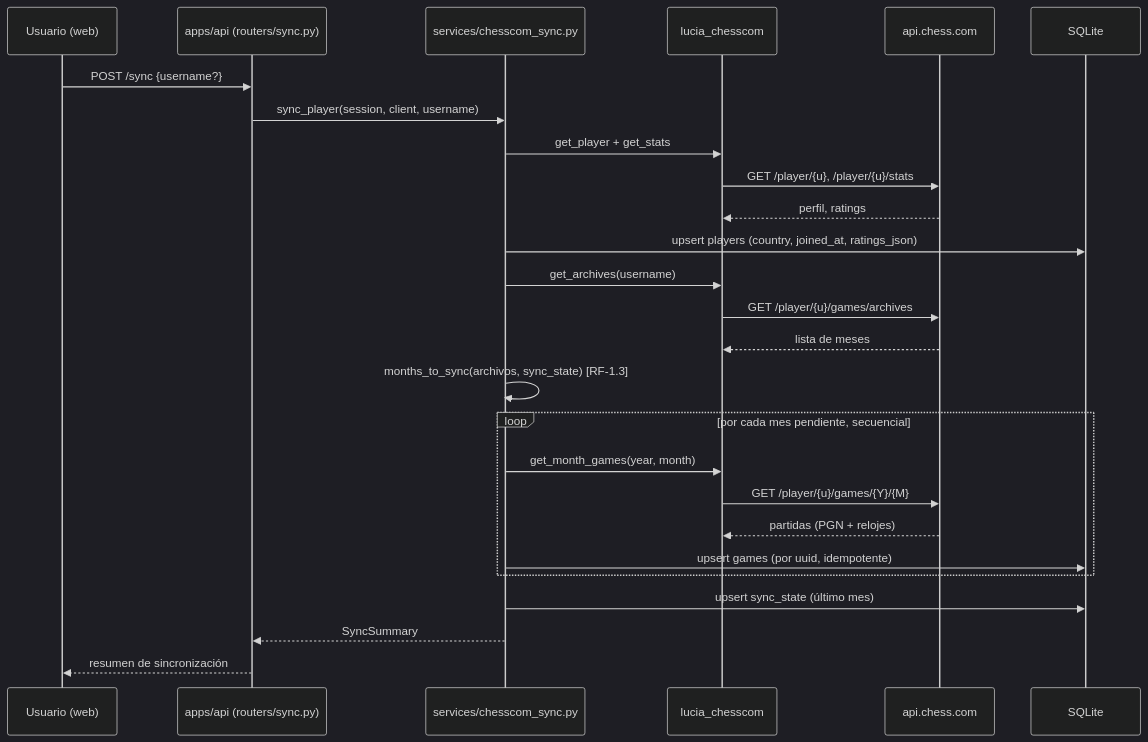
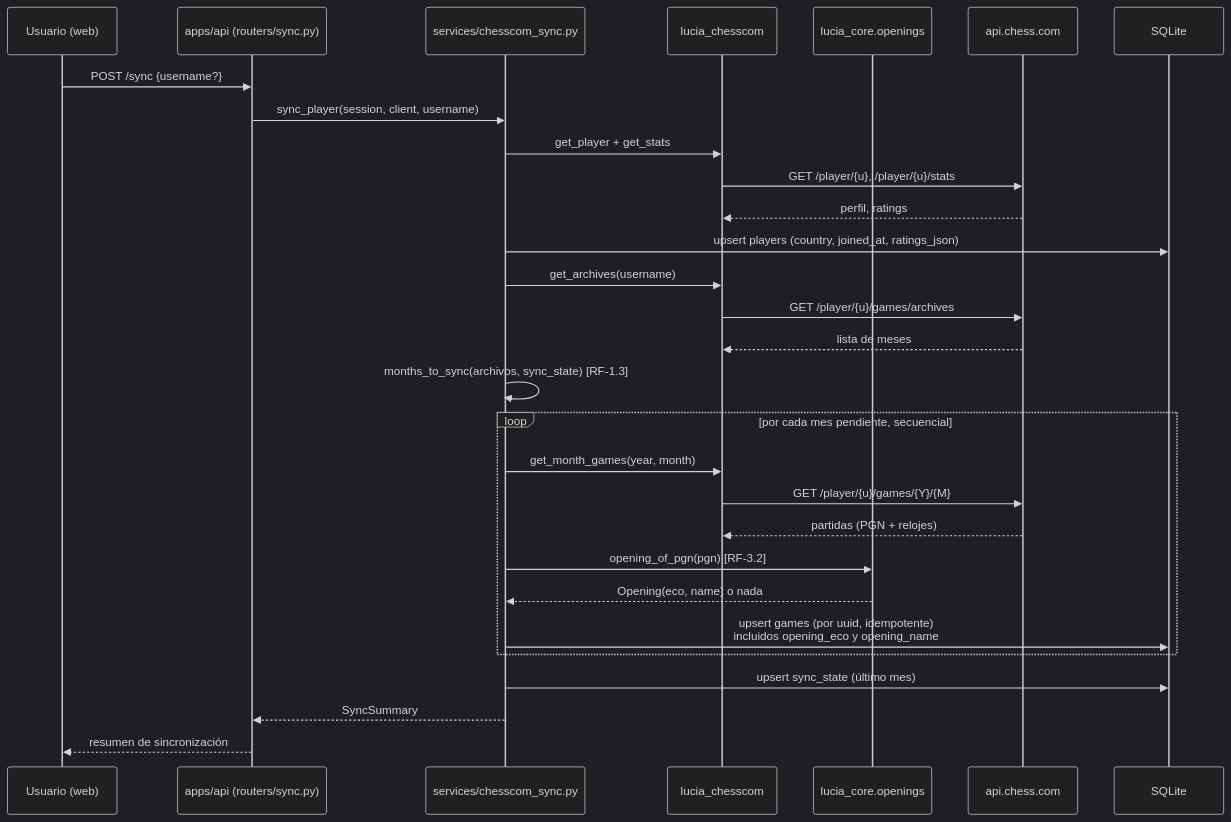
One commit to SirJsus/LUCIA changed the third of 7 diagrams in docs/06-mapa-del-proyecto.md. Above: the diagram before and after it, drawn with Mermaid (dark theme). The commit also changed other lines of this file and 42 other files, not shown here.

````diff
--- a/docs/06-mapa-del-proyecto.md
+++ b/docs/06-mapa-del-proyecto.md
@@ -125,29 +156,32 @@
 ```mermaid
 sequenceDiagram
     participant U as Usuario (web)
     participant A as apps/api (routers/sync.py)
     participant S as services/chesscom_sync.py
     participant C as lucia_chesscom
+    participant O as lucia_core.openings
     participant CC as api.chess.com
     participant DB as SQLite
 
     U->>A: POST /sync {username?}
     A->>S: sync_player(session, client, username)
     S->>C: get_player + get_stats
     C->>CC: GET /player/{u}, /player/{u}/stats
     CC-->>C: perfil, ratings
     S->>DB: upsert players (country, joined_at, ratings_json)
     S->>C: get_archives(username)
     C->>CC: GET /player/{u}/games/archives
     CC-->>C: lista de meses
     S->>S: months_to_sync(archivos, sync_state) [RF-1.3]
     loop por cada mes pendiente, secuencial
         S->>C: get_month_games(year, month)
         C->>CC: GET /player/{u}/games/{Y}/{M}
         CC-->>C: partidas (PGN + relojes)
-        S->>DB: upsert games (por uuid, idempotente)
+        S->>O: opening_of_pgn(pgn) [RF-3.2]
+        O-->>S: Opening(eco, name) o nada
+        S->>DB: upsert games (por uuid, idempotente)<br/>incluidos opening_eco y opening_name
     end
     S->>DB: upsert sync_state (último mes)
     S-->>A: SyncSummary
     A-->>U: resumen de sincronización
 ```
````
